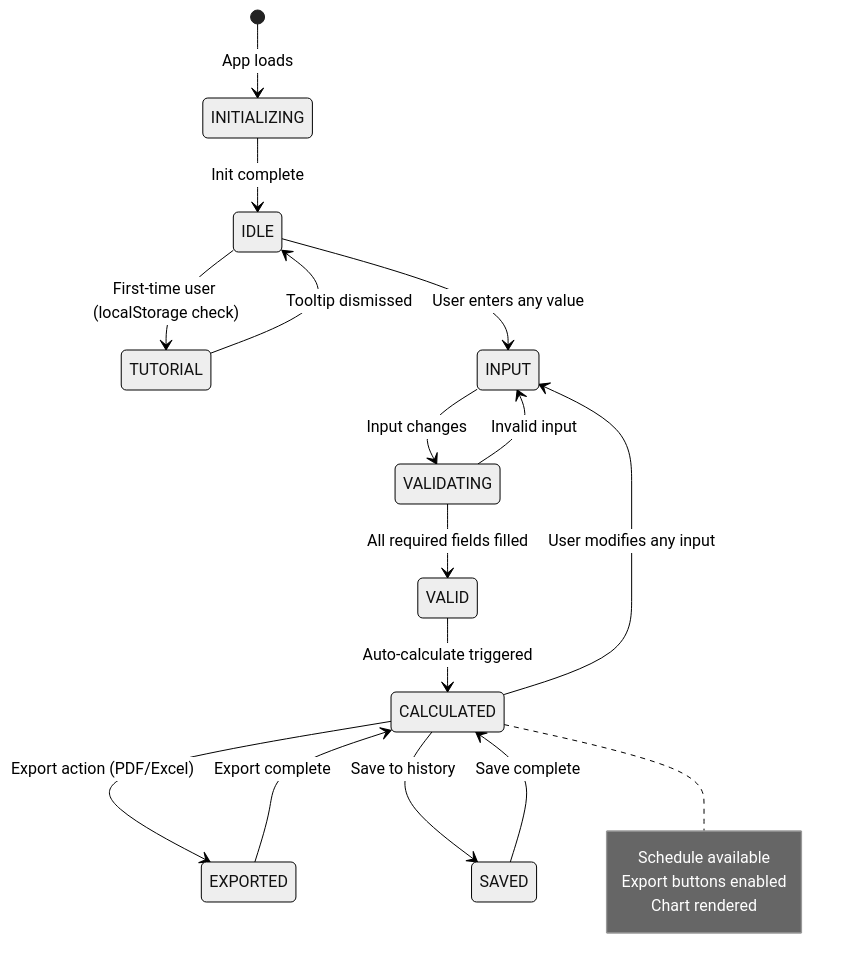
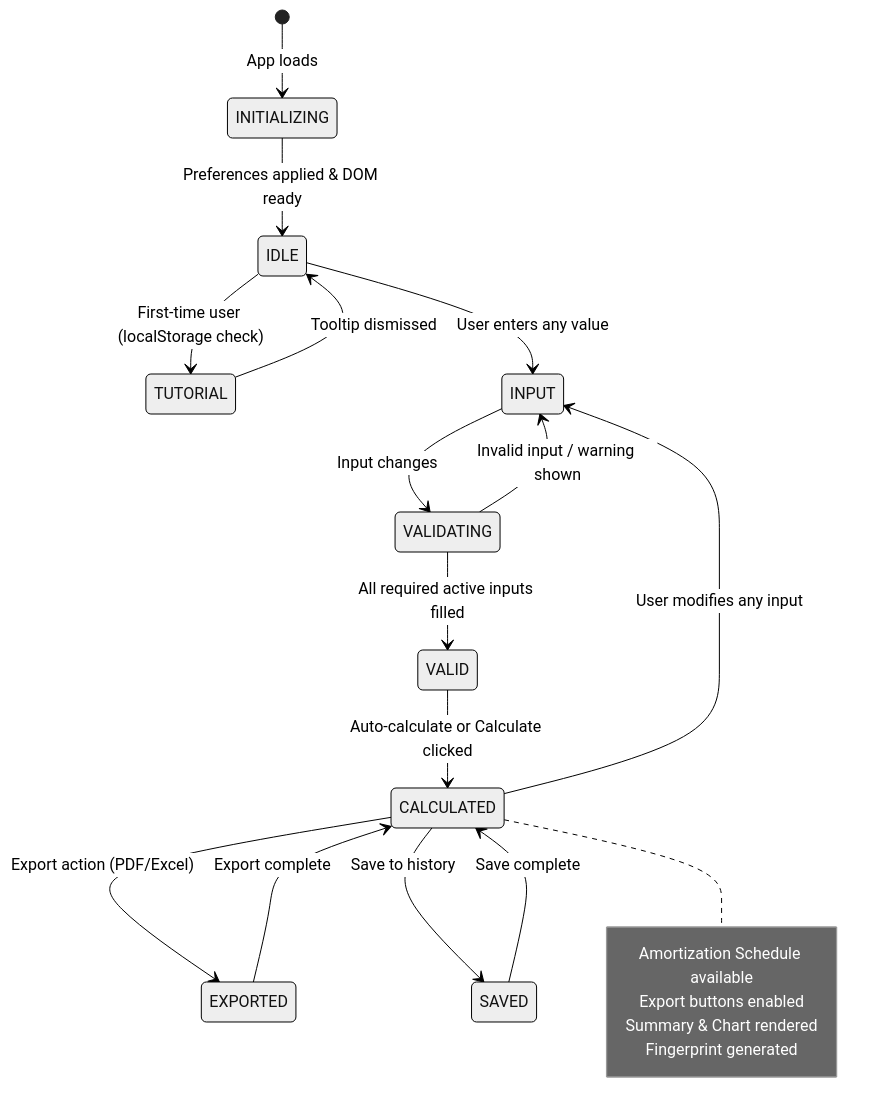
Before and after one commit to accayman7/Loan-Calculator: the first of 4 diagrams in STATE_MODEL.md, drawn with Mermaid (neutral theme). The commit also changed other lines of this file and 1 other file, not shown here.

````diff
--- a/STATE_MODEL.md
+++ b/STATE_MODEL.md
@@ -7,30 +12,31 @@
 ```mermaid
 stateDiagram-v2
     [*] --> INITIALIZING: App loads
 
-    INITIALIZING --> IDLE: Init complete
+    INITIALIZING --> IDLE: Preferences applied & DOM ready
     
     IDLE --> TUTORIAL: First-time user (localStorage check)
     TUTORIAL --> IDLE: Tooltip dismissed
     
     IDLE --> INPUT: User enters any value
     
     INPUT --> VALIDATING: Input changes
-    VALIDATING --> INPUT: Invalid input
-    VALIDATING --> VALID: All required fields filled
+    VALIDATING --> INPUT: Invalid input / warning shown
+    VALIDATING --> VALID: All required active inputs filled
     
-    VALID --> CALCULATED: Auto-calculate triggered
+    VALID --> CALCULATED: Auto-calculate or Calculate clicked
     
     CALCULATED --> INPUT: User modifies any input
     CALCULATED --> EXPORTED: Export action (PDF/Excel)
     CALCULATED --> SAVED: Save to history
     
     EXPORTED --> CALCULATED: Export complete
     SAVED --> CALCULATED: Save complete
     
     note right of CALCULATED
-        Schedule available
+        Amortization Schedule available
         Export buttons enabled
-        Chart rendered
+        Summary & Chart rendered
+        Fingerprint generated
     end note
 ```
````
